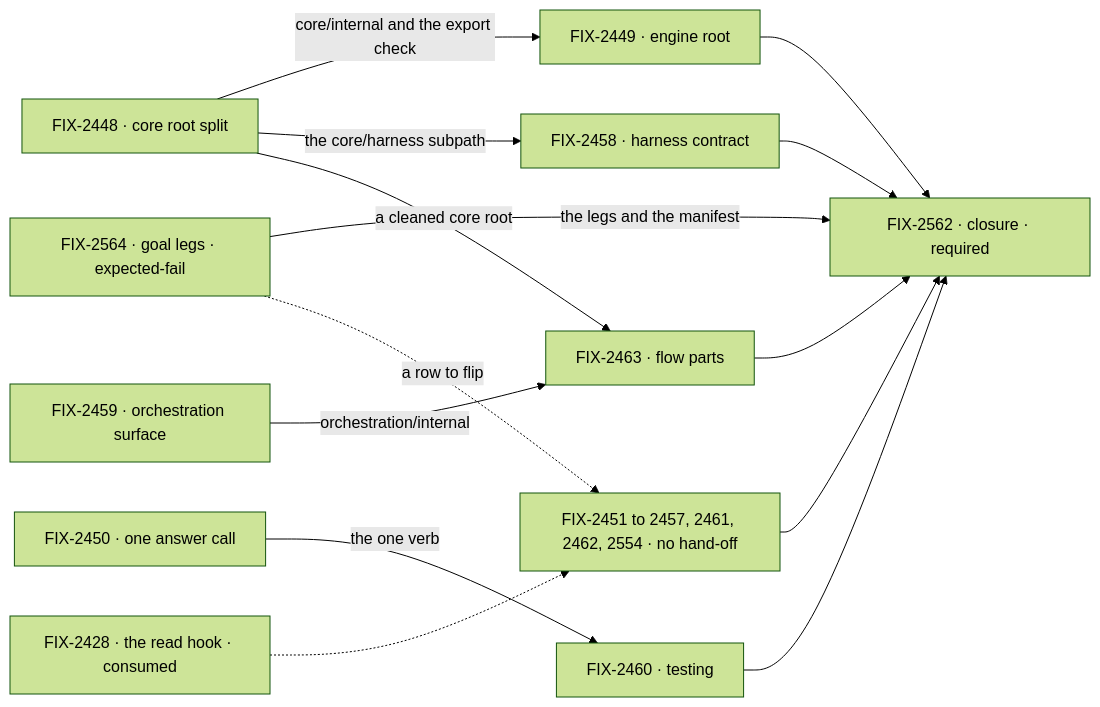
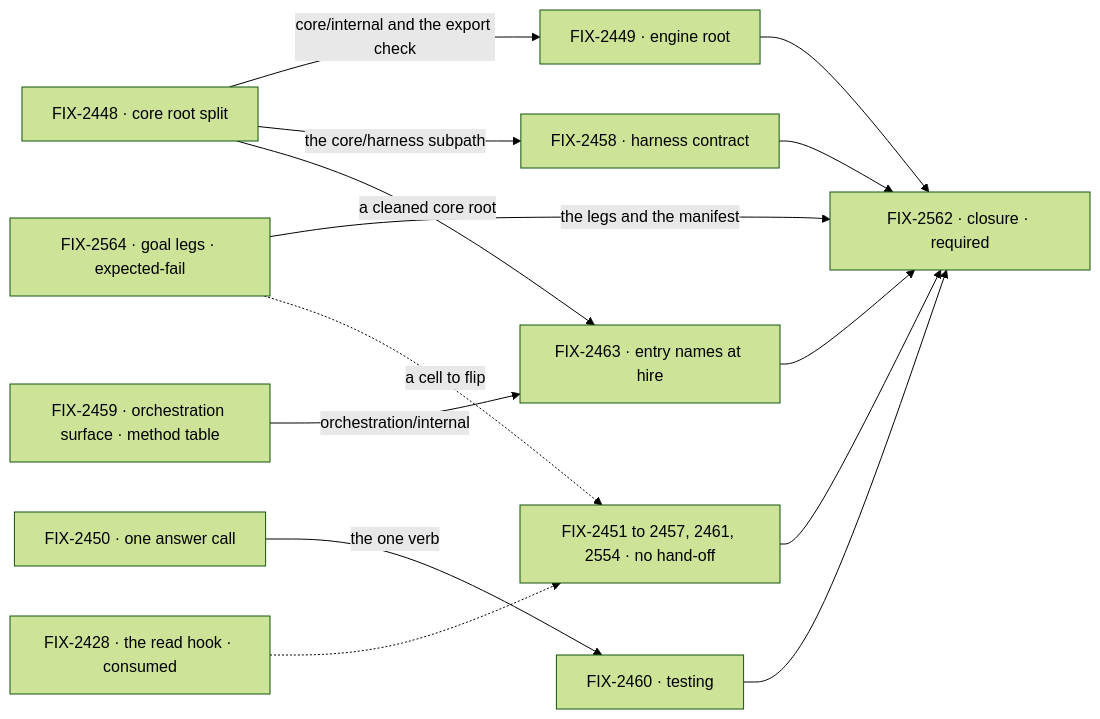
One commit to fixpoint-labs/flow-state-dev changed the second of 2 diagrams in specs/epics/FIX-2447/SPEC.md. Above: the diagram before and after it, drawn with Mermaid (forest theme). The commit also changed other lines of this file and 3 other files, not shown here.

````diff
--- a/specs/epics/FIX-2447/SPEC.md
+++ b/specs/epics/FIX-2447/SPEC.md
@@ -125,17 +125,17 @@
 ```mermaid
 flowchart LR
   A["FIX-2448 · core root split"] -->|"core/internal and the export check"| B["FIX-2449 · engine root"]
   A -->|"the core/harness subpath"| H["FIX-2458 · harness contract"]
-  A -->|"a cleaned core root"| P["FIX-2463 · flow parts"]
-  O["FIX-2459 · orchestration surface"] -->|"orchestration/internal"| P
+  A -->|"a cleaned core root"| P["FIX-2463 · entry names at hire"]
+  O["FIX-2459 · orchestration surface · method table"] -->|"orchestration/internal"| P
   R["FIX-2450 · one answer call"] -->|"the one verb"| T["FIX-2460 · testing"]
-  G["FIX-2451 to 2457, 2461, 2462, 2554 · no hand-off"]
+  G["FIX-2451 to 2457, 2461, 2554 · no hand-off"]
   Q["FIX-2564 · goal legs · expected-fail"] -->|"the legs and the manifest"| C
-  Q -.->|"a row to flip"| G
+  Q -.->|"a cell to flip"| G
   X["FIX-2428 · the read hook · consumed"] -.-> G
   B --> C["FIX-2562 · closure · required"]
   H --> C
   P --> C
   T --> C
   G --> C
 ```
````
